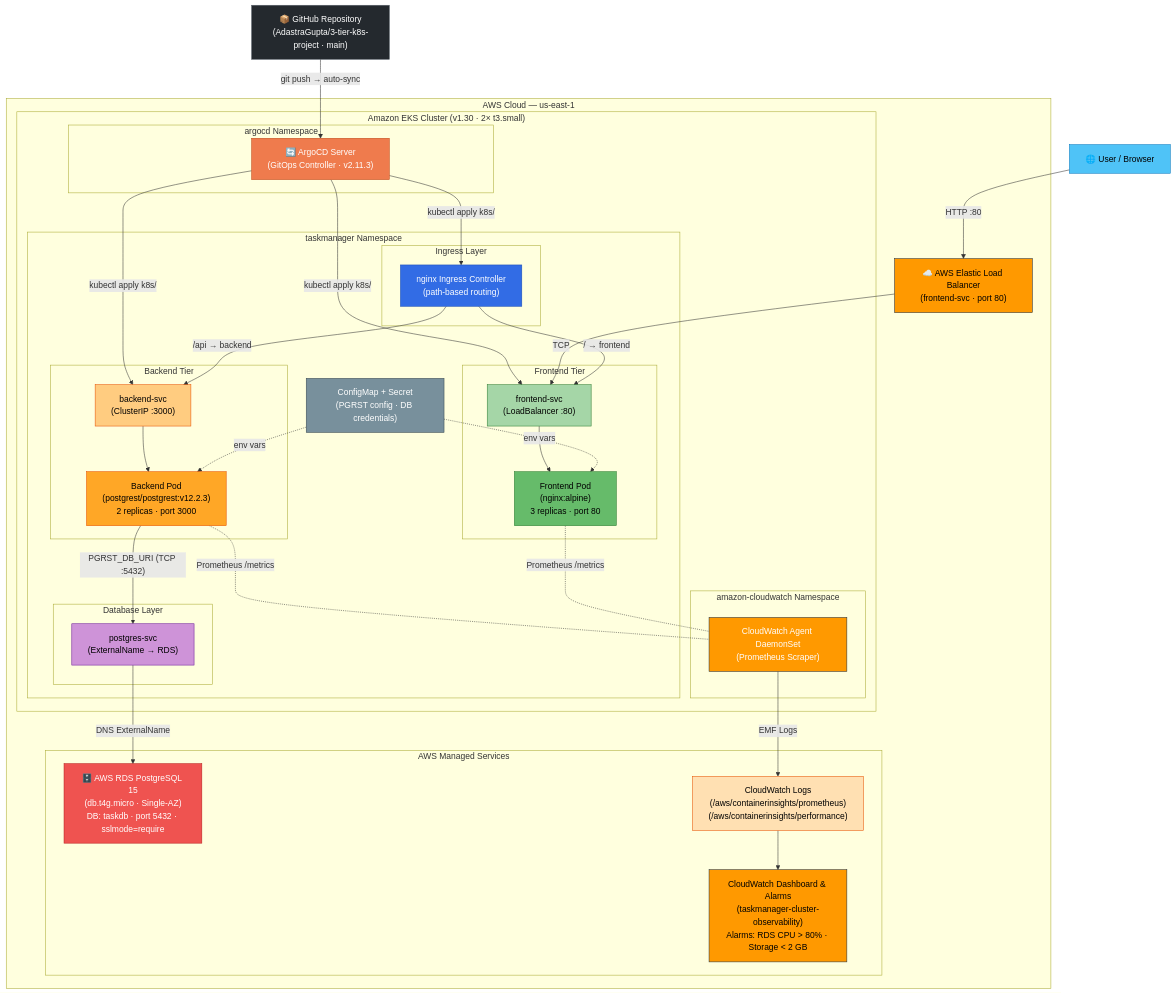
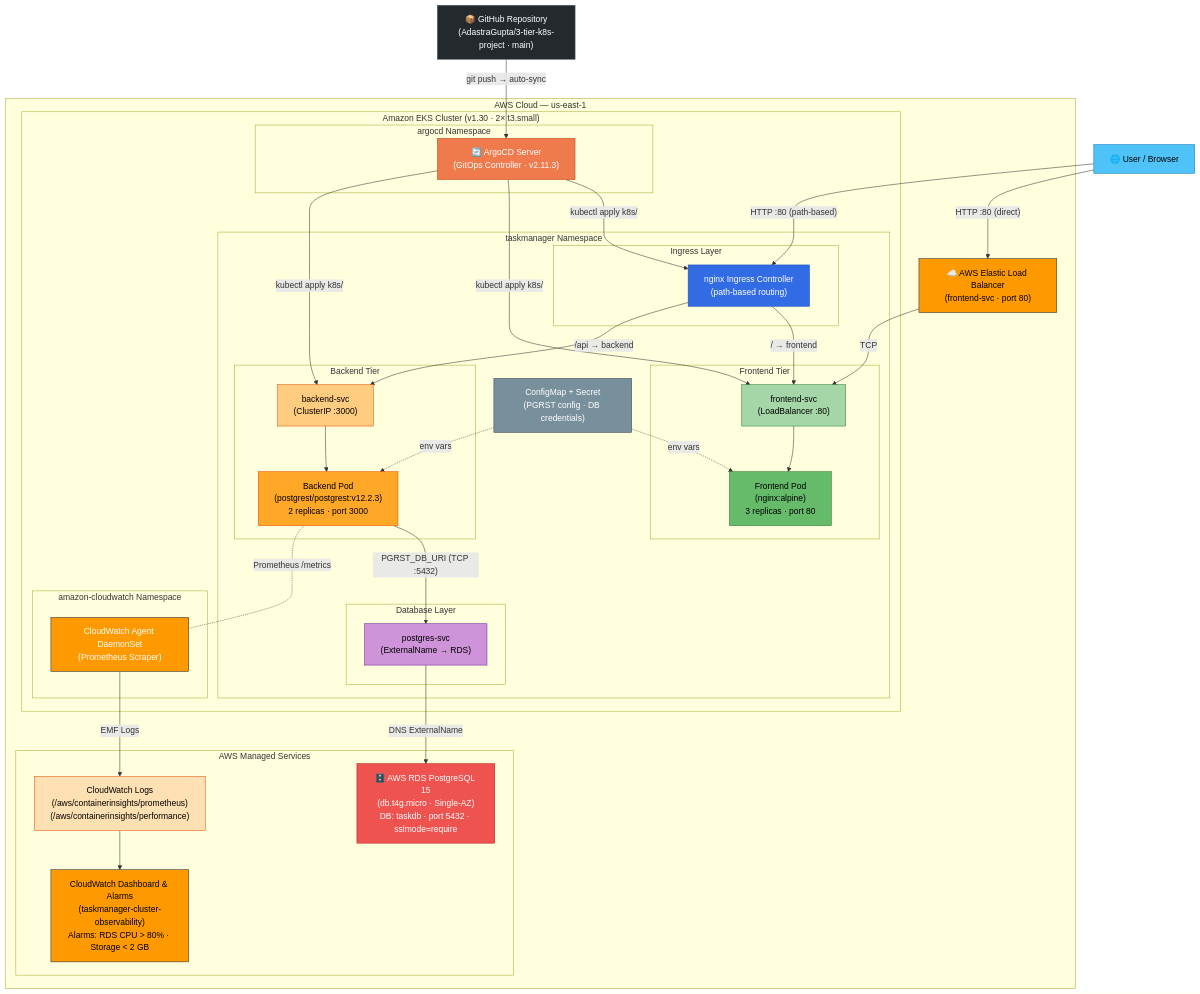
One commit to AdastraGupta/3-tier-k8s-project changed the diagram in README.md. Above: the diagram before and after it, drawn with Mermaid. The commit also changed 1 other file, not shown here.

Commit message:
fix: Remove stale Istio comment, fix prometheus annotations, correct diagram traffic flow

```diff
--- a/README.md
+++ b/README.md
@@ -57,10 +57,13 @@
     ArgoCD -->|"kubectl apply k8s/"| FS
     ArgoCD -->|"kubectl apply k8s/"| BS
 
-    %% User traffic path
-    User -->|"HTTP :80"| ELB
+    %% User traffic path — TWO parallel entry points:
+    %% 1. frontend-svc LoadBalancer → direct to frontend pods
+    %% 2. nginx Ingress Controller → path-based routing to frontend/backend
+    User -->|"HTTP :80 (direct)"| ELB
     ELB -->|TCP| FS
     FS --> FD
+    User -->|"HTTP :80 (path-based)"| ING
     ING -->|"/ → frontend"| FS
     ING -->|"/api → backend"| BS
     BS --> BD
@@ -75,7 +78,6 @@
 
     %% Observability
     BD -.-|"Prometheus /metrics"| CWAgent
-    FD -.-|"Prometheus /metrics"| CWAgent
     CWAgent -->|"EMF Logs"| CWLogs
     CWLogs --> CWDash
 
```
